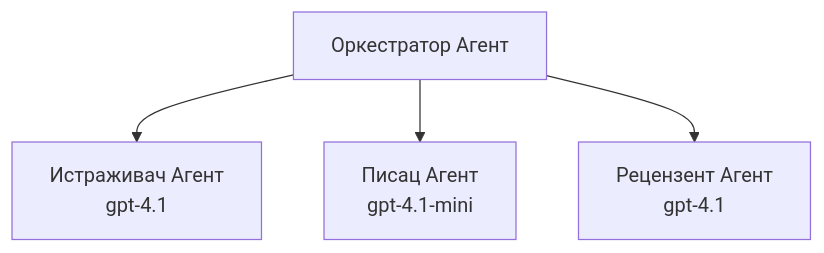
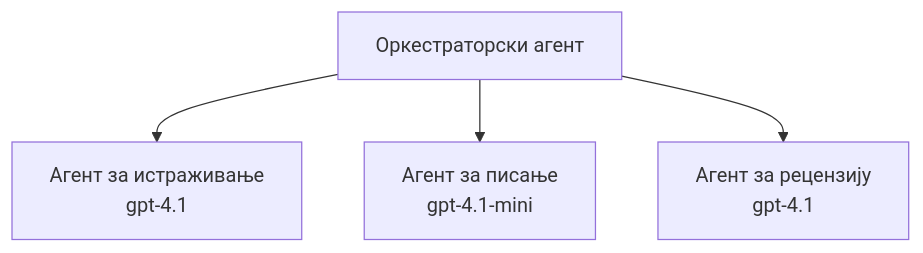
The third of 3 diagrams in translations/sr/docs/chapter-02-ai-development/agents.md (microsoft/AZD-for-beginners), drawn with Mermaid before and after one commit. The commit also changed other lines of this file and 101 other files, not shown here.

````diff
--- a/translations/sr/docs/chapter-02-ai-development/agents.md
+++ b/translations/sr/docs/chapter-02-ai-development/agents.md
@@ -189,6 +194,6 @@
 ```mermaid
 graph TD
-    Orchestrator[Оркестратор Агент] --> Research[Истраживач Агент<br/>gpt-4.1]
-    Orchestrator --> Writer[Писац Агент<br/>gpt-4.1-mini]
-    Orchestrator --> Reviewer[Рецензент Агент<br/>gpt-4.1]
+    Orchestrator[Оркестраторски агент] --> Research[Агент за истраживање<br/>gpt-4.1]
+    Orchestrator --> Writer[Агент за писање<br/>gpt-4.1-mini]
+    Orchestrator --> Reviewer[Агент за рецензију<br/>gpt-4.1]
 ```
````
